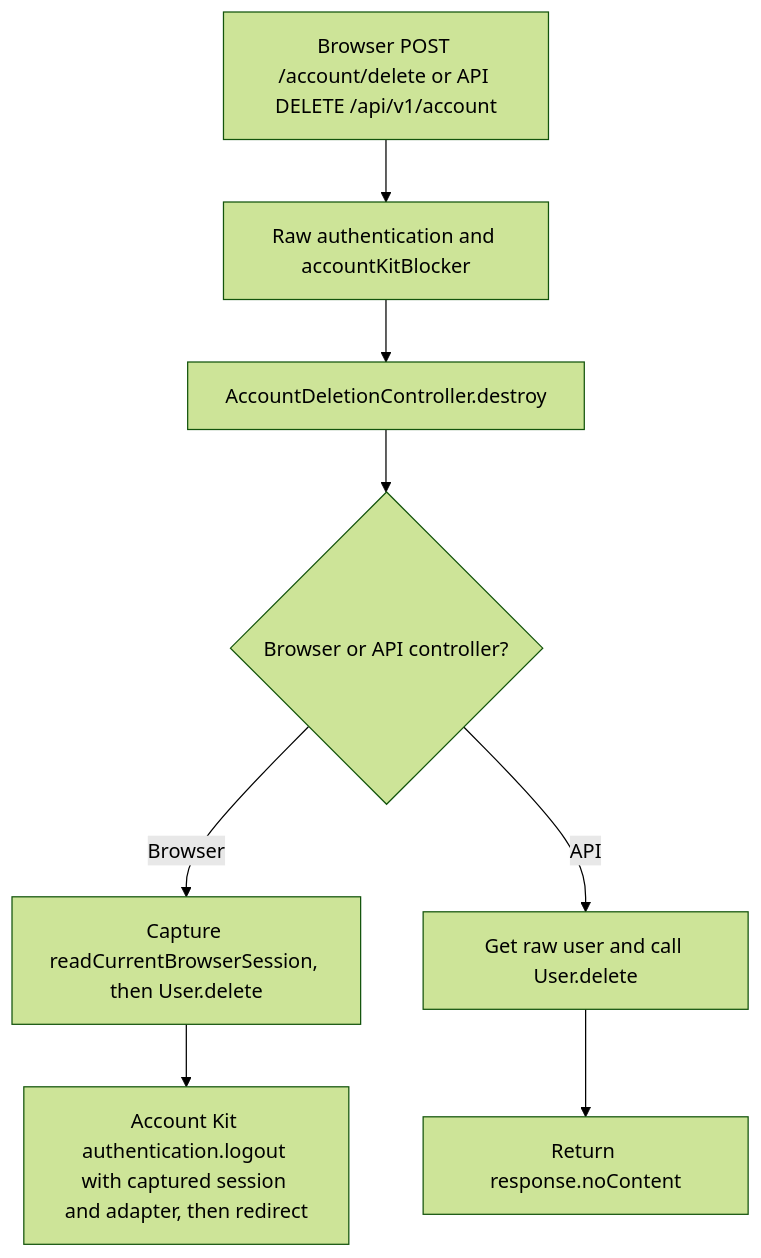
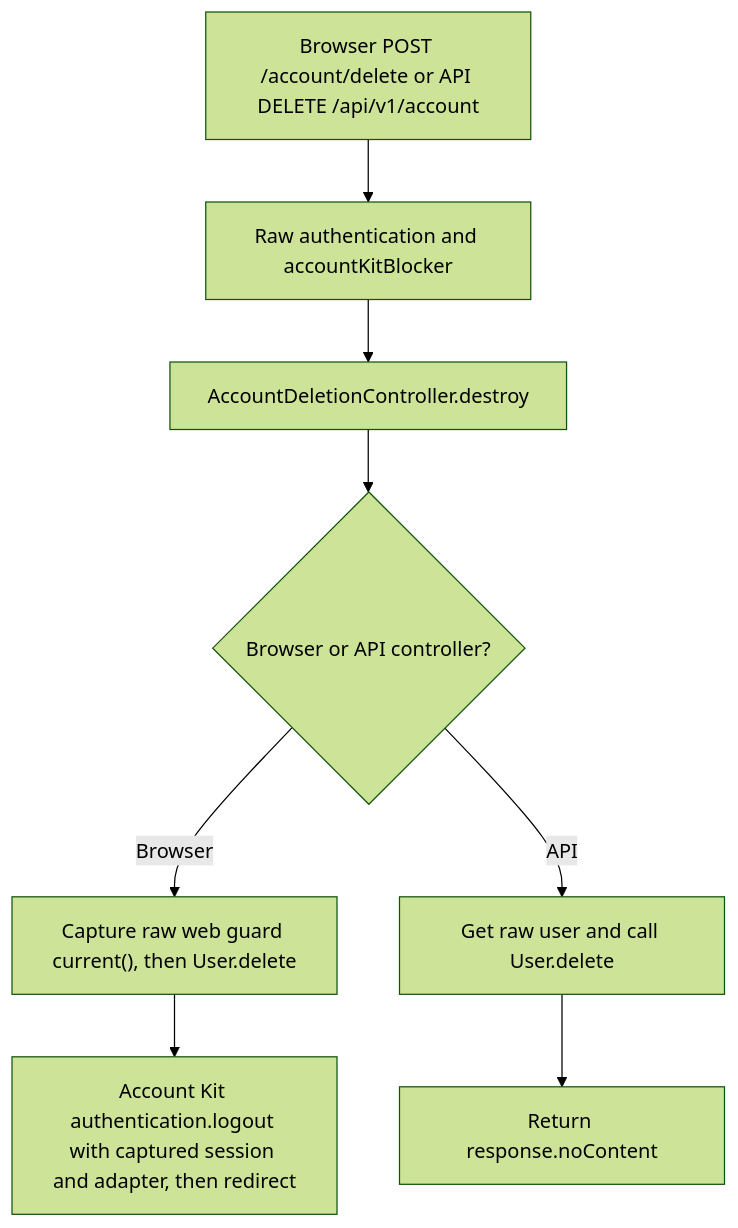
One commit to Kevinjohn/oss-adonisjs-starter-examples changed the second of 2 diagrams in user-stories/soft-delete/us-delete-01-delete-own-account.md. Above: the diagram before and after it, drawn with Mermaid (forest theme). The commit also changed 3 other files, not shown here.

Commit message:
Update browser guard references in recipes and stories

````diff
--- a/user-stories/soft-delete/us-delete-01-delete-own-account.md
+++ b/user-stories/soft-delete/us-delete-01-delete-own-account.md
@@ -38,10 +38,10 @@
 ```mermaid
 flowchart TD
     A["Browser POST /account/delete or API DELETE /api/v1/account"] --> B["Raw authentication and accountKitBlocker"]
     B --> C["AccountDeletionController.destroy"]
     C --> F{"Browser or API controller?"}
-    F -->|Browser| D["Capture readCurrentBrowserSession, then User.delete"]
+    F -->|Browser| D["Capture raw web guard current(), then User.delete"]
     D --> G["Account Kit authentication.logout with captured session and adapter, then redirect"]
     F -->|API| E["Get raw user and call User.delete"]
     E --> H["Return response.noContent"]
 ```
````
